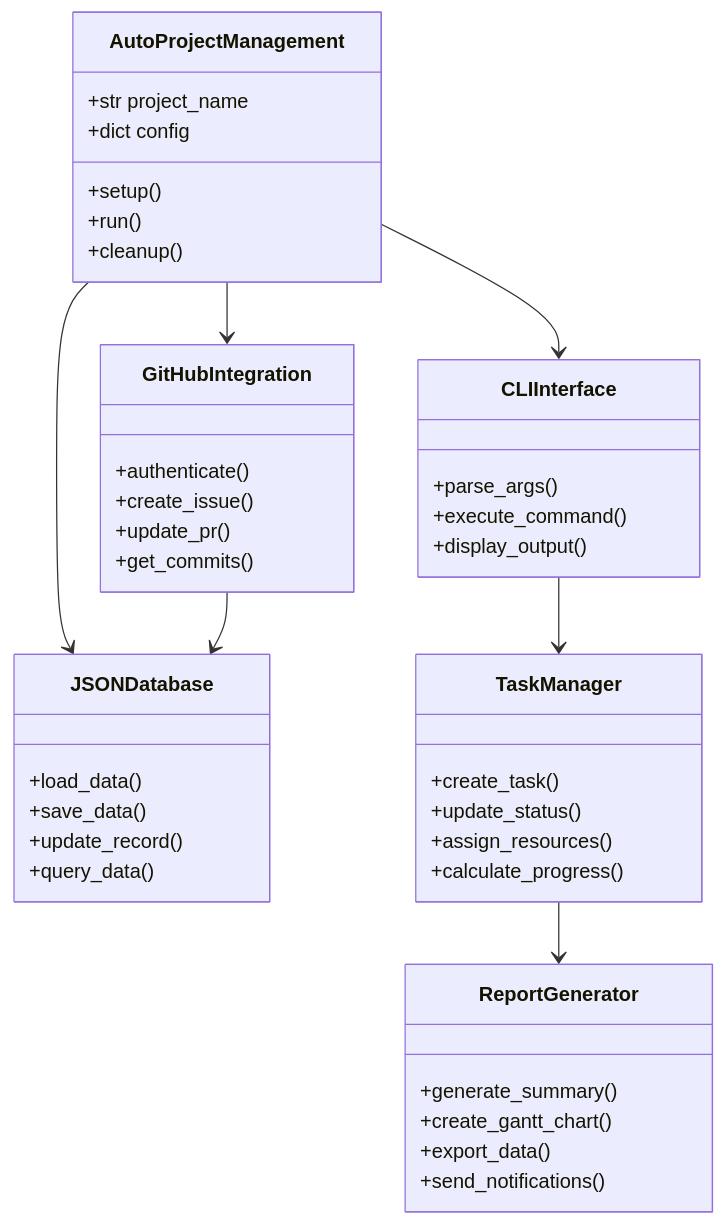
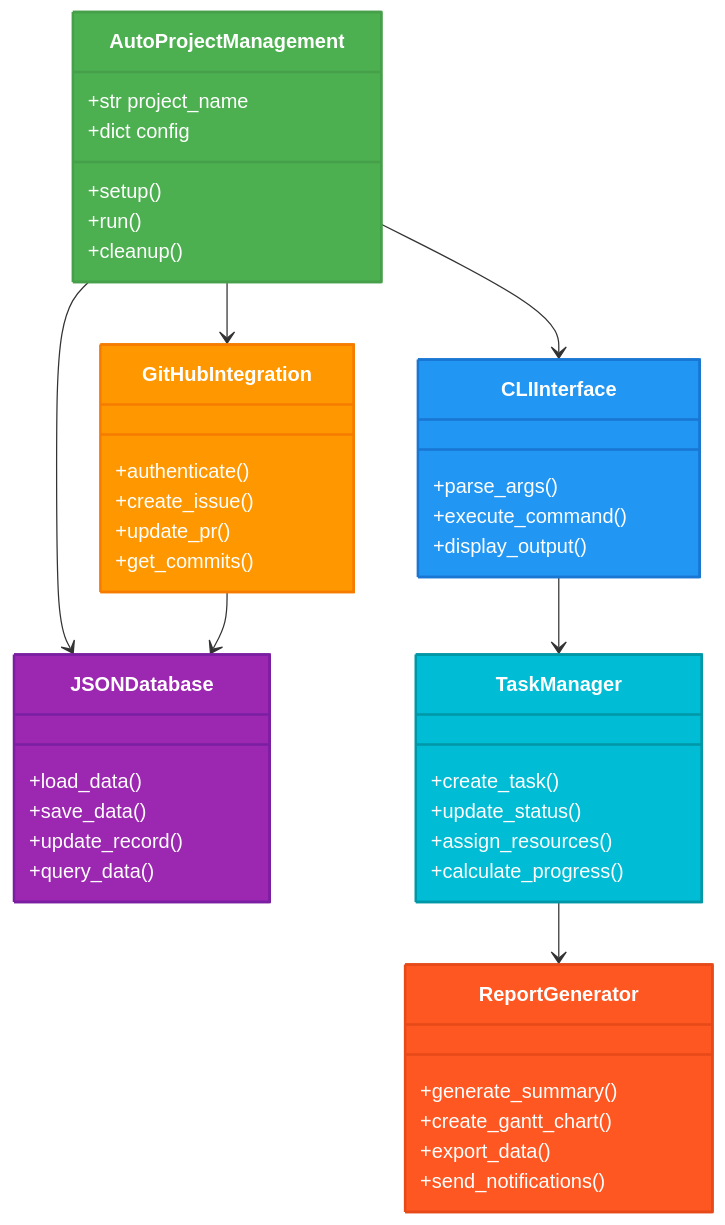
Before and after one commit to Shakour-Data/AutoProjectManagement: diagram 11 of 13 in README.md, drawn with Mermaid. The commit also changed other lines of this file, not shown here.

Commit message:
`Added detailed system architecture diagrams and UML diagrams to the README file.`

````diff
--- a/README.md
+++ b/README.md
@@ -280,51 +405,59 @@
 ```mermaid
+%%{init: {'theme':'base', 'themeVariables': { 'primaryColor': '#4CAF50', 'primaryTextColor': '#fff', 'primaryBorderColor': '#45a049', 'lineColor': '#333', 'secondaryColor': '#2196F3', 'tertiaryColor': '#fff'}}}%%
 classDiagram
     class AutoProjectManagement {
         +str project_name
         +dict config
         +setup()
         +run()
         +cleanup()
     }
     
     class CLIInterface {
         +parse_args()
         +execute_command()
         +display_output()
     }
     
     class GitHubIntegration {
         +authenticate()
         +create_issue()
         +update_pr()
         +get_commits()
     }
     
     class JSONDatabase {
         +load_data()
         +save_data()
         +update_record()
         +query_data()
     }
     
     class TaskManager {
         +create_task()
         +update_status()
         +assign_resources()
         +calculate_progress()
     }
     
     class ReportGenerator {
         +generate_summary()
         +create_gantt_chart()
         +export_data()
         +send_notifications()
     }
     
     AutoProjectManagement --> CLIInterface
     AutoProjectManagement --> GitHubIntegration
     AutoProjectManagement --> JSONDatabase
     CLIInterface --> TaskManager
     TaskManager --> ReportGenerator
     GitHubIntegration --> JSONDatabase
+    
+    style AutoProjectManagement fill:#4CAF50,stroke:#45a049,stroke-width:2px,color:#fff
+    style CLIInterface fill:#2196F3,stroke:#1976D2,stroke-width:2px,color:#fff
+    style GitHubIntegration fill:#FF9800,stroke:#F57C00,stroke-width:2px,color:#fff
+    style JSONDatabase fill:#9C27B0,stroke:#7B1FA2,stroke-width:2px,color:#fff
+    style TaskManager fill:#00BCD4,stroke:#0097A7,stroke-width:2px,color:#fff
+    style ReportGenerator fill:#FF5722,stroke:#E64A19,stroke-width:2px,color:#fff
 ```
````
